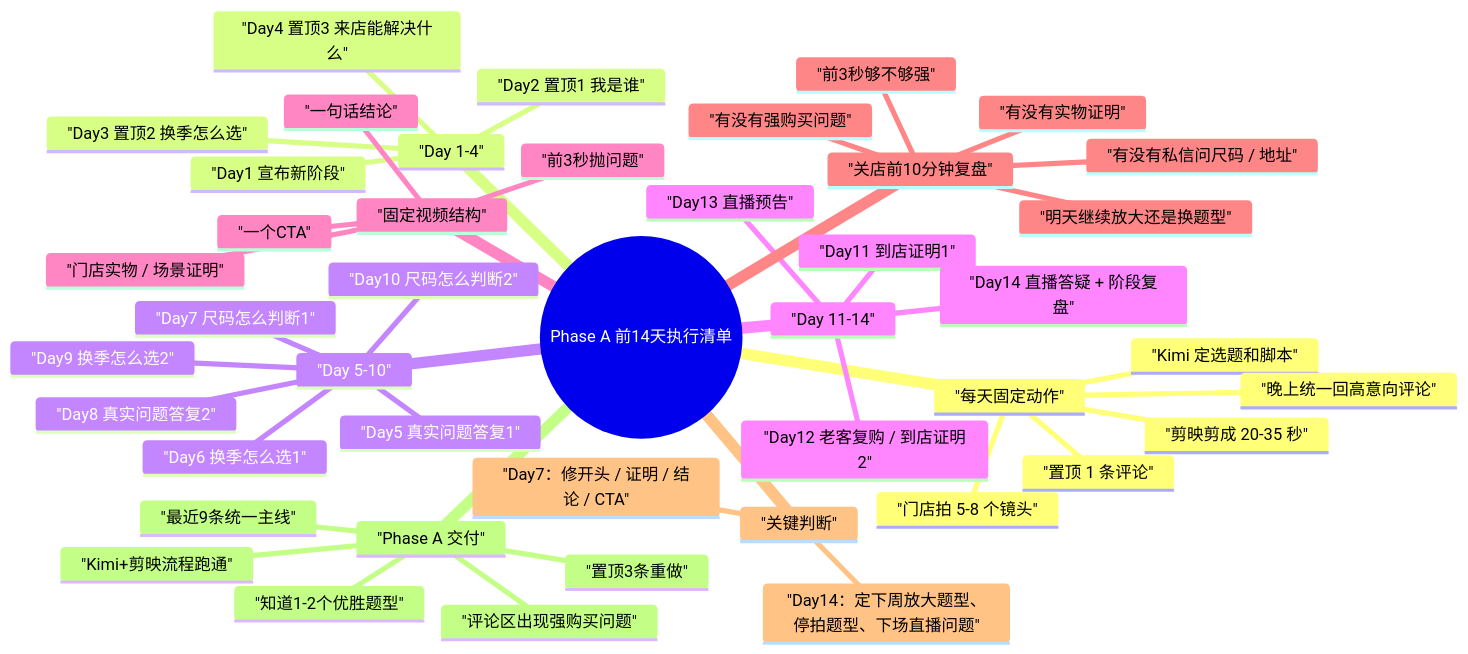
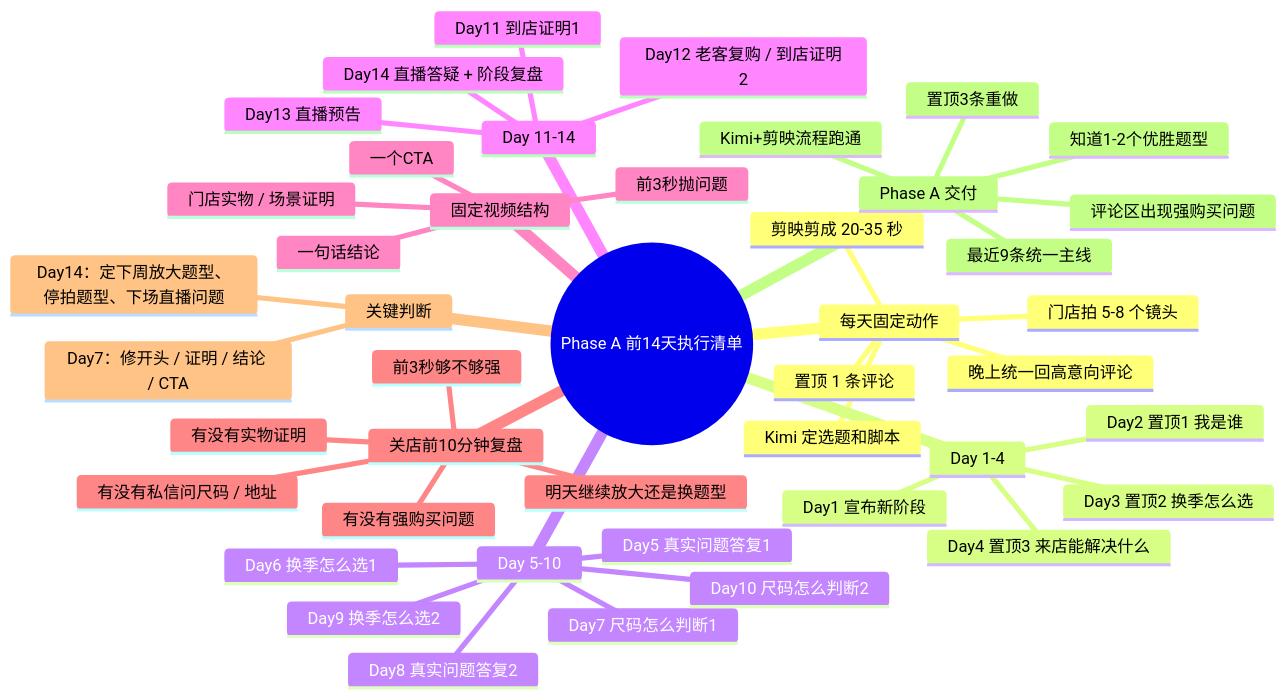
The diagram in mindmaps/05-PhaseA前14天执行清单-mindmap.md (lizhihui0215/Black-Tonny), drawn with Mermaid before and after one commit. The commit also changed 29 other files, not shown here.

Commit message:
docs: fix mermaid mindmaps and add xmind exports

````diff
--- a/mindmaps/05-PhaseA前14天执行清单-mindmap.md
+++ b/mindmaps/05-PhaseA前14天执行清单-mindmap.md
@@ -3,47 +3,47 @@
 ```mermaid
 mindmap
-  root(("Phase A 前14天执行清单"))
-    "每天固定动作"
-      "Kimi 定选题和脚本"
-      "门店拍 5-8 个镜头"
-      "剪映剪成 20-35 秒"
-      "置顶 1 条评论"
-      "晚上统一回高意向评论"
-    "Day 1-4"
-      "Day1 宣布新阶段"
-      "Day2 置顶1 我是谁"
-      "Day3 置顶2 换季怎么选"
-      "Day4 置顶3 来店能解决什么"
-    "Day 5-10"
-      "Day5 真实问题答复1"
-      "Day6 换季怎么选1"
-      "Day7 尺码怎么判断1"
-      "Day8 真实问题答复2"
-      "Day9 换季怎么选2"
-      "Day10 尺码怎么判断2"
-    "Day 11-14"
-      "Day11 到店证明1"
-      "Day12 老客复购 / 到店证明2"
-      "Day13 直播预告"
-      "Day14 直播答疑 + 阶段复盘"
-    "固定视频结构"
-      "前3秒抛问题"
-      "门店实物 / 场景证明"
-      "一句话结论"
-      "一个CTA"
-    "关店前10分钟复盘"
-      "有没有强购买问题"
-      "有没有私信问尺码 / 地址"
-      "前3秒够不够强"
-      "有没有实物证明"
-      "明天继续放大还是换题型"
-    "关键判断"
-      "Day7：修开头 / 证明 / 结论 / CTA"
-      "Day14：定下周放大题型、停拍题型、下场直播问题"
-    "Phase A 交付"
-      "置顶3条重做"
-      "最近9条统一主线"
-      "知道1-2个优胜题型"
-      "Kimi+剪映流程跑通"
-      "评论区出现强购买问题"
+  root((Phase A 前14天执行清单))
+    每天固定动作
+      Kimi 定选题和脚本
+      门店拍 5-8 个镜头
+      剪映剪成 20-35 秒
+      置顶 1 条评论
+      晚上统一回高意向评论
+    Day 1-4
+      Day1 宣布新阶段
+      Day2 置顶1 我是谁
+      Day3 置顶2 换季怎么选
+      Day4 置顶3 来店能解决什么
+    Day 5-10
+      Day5 真实问题答复1
+      Day6 换季怎么选1
+      Day7 尺码怎么判断1
+      Day8 真实问题答复2
+      Day9 换季怎么选2
+      Day10 尺码怎么判断2
+    Day 11-14
+      Day11 到店证明1
+      Day12 老客复购 / 到店证明2
+      Day13 直播预告
+      Day14 直播答疑 + 阶段复盘
+    固定视频结构
+      前3秒抛问题
+      门店实物 / 场景证明
+      一句话结论
+      一个CTA
+    关店前10分钟复盘
+      有没有强购买问题
+      有没有私信问尺码 / 地址
+      前3秒够不够强
+      有没有实物证明
+      明天继续放大还是换题型
+    关键判断
+      Day7：修开头 / 证明 / 结论 / CTA
+      Day14：定下周放大题型、停拍题型、下场直播问题
+    Phase A 交付
+      置顶3条重做
+      最近9条统一主线
+      知道1-2个优胜题型
+      Kimi+剪映流程跑通
+      评论区出现强购买问题
 ```
````
